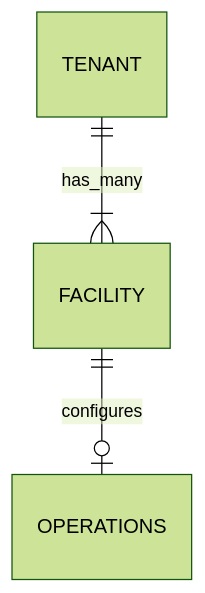
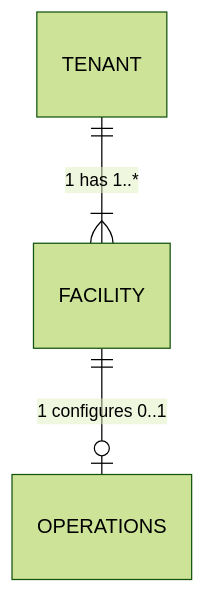
The sixth of 9 diagrams in docs/docs/proposals/tenant-multi-facility-proposal.mdx (lantanagroup/link-cloud), drawn with Mermaid (forest theme) before and after one commit. The commit also changed other lines of this file, not shown here.

Commit message:
Updated ERD relationship labels

````diff
--- a/docs/docs/proposals/tenant-multi-facility-proposal.mdx
+++ b/docs/docs/proposals/tenant-multi-facility-proposal.mdx
@@ -334,7 +334,7 @@
 ```mermaid
 
 erDiagram
-	TENANT||--|{FACILITY:"has_many"
-	FACILITY||--o|OPERATIONS:"configures"
+	TENANT||--|{FACILITY:"1 has 1..*"
+	FACILITY||--o|OPERATIONS:"1 configures 0..1"
 
 ```
````
